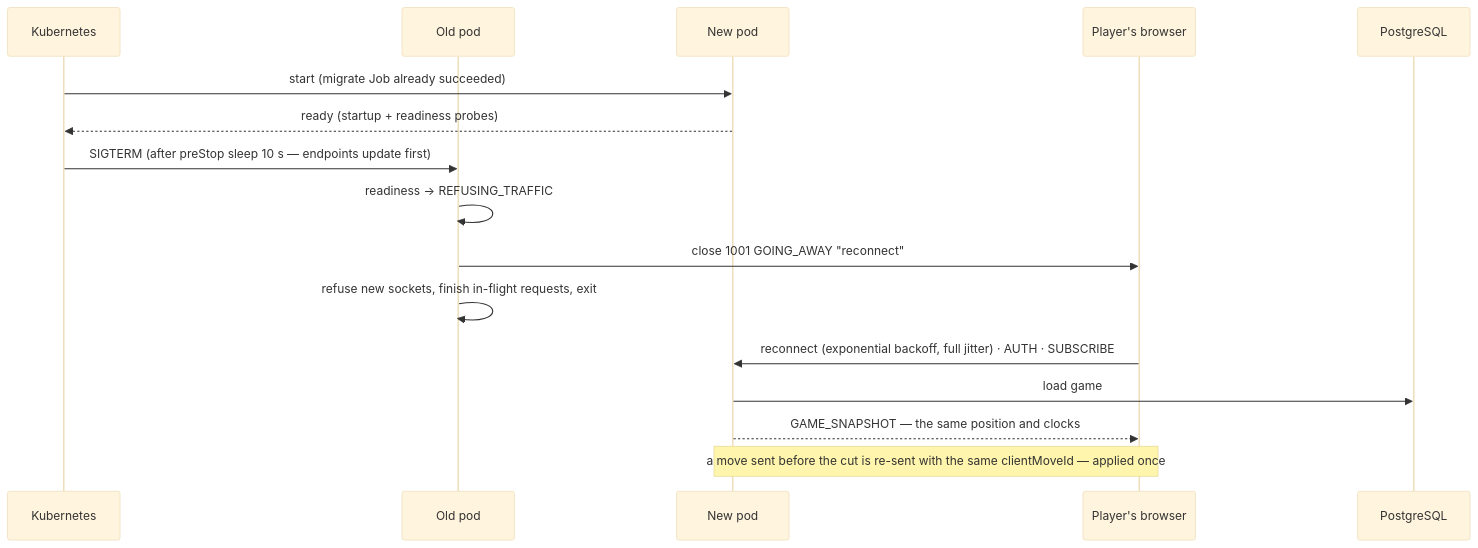
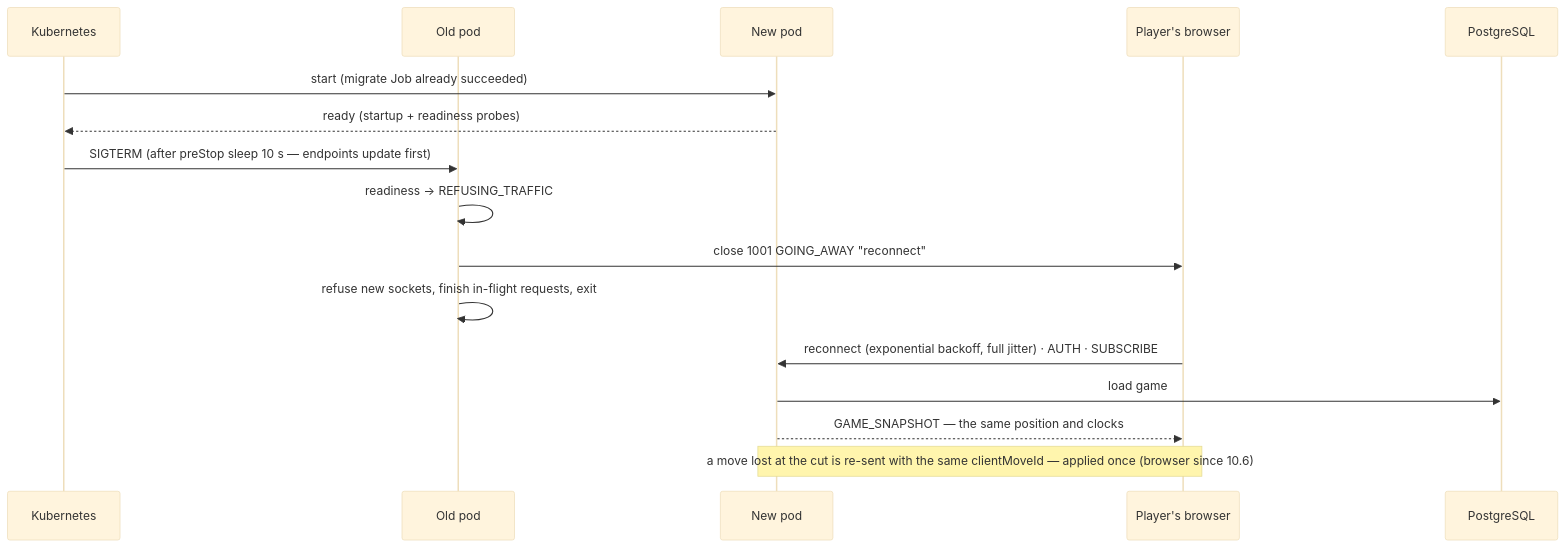
The fifth of 5 diagrams in docs/diagrams/README.md (Abhinav2777/chess-platform), drawn with Mermaid (base theme) before and after one commit. The commit also changed 7 other files, not shown here.

````diff
--- a/docs/diagrams/README.md
+++ b/docs/diagrams/README.md
@@ -201,19 +201,19 @@
 ```mermaid
 sequenceDiagram
     participant K as Kubernetes
     participant Old as Old pod
     participant New as New pod
     participant C as Player's browser
     participant PG as PostgreSQL
 
     K->>New: start (migrate Job already succeeded)
     New-->>K: ready (startup + readiness probes)
     K->>Old: SIGTERM (after preStop sleep 10 s — endpoints update first)
     Old->>Old: readiness → REFUSING_TRAFFIC
     Old->>C: close 1001 GOING_AWAY "reconnect"
     Old->>Old: refuse new sockets, finish in-flight requests, exit
     C->>New: reconnect (exponential backoff, full jitter) · AUTH · SUBSCRIBE
     New->>PG: load game
     New-->>C: GAME_SNAPSHOT — the same position and clocks
-    Note over C,New: a move sent before the cut is re-sent with the same clientMoveId — applied once
+    Note over C,New: a move lost at the cut is re-sent with the same clientMoveId — applied once (browser since 10.6)
 ```
````
